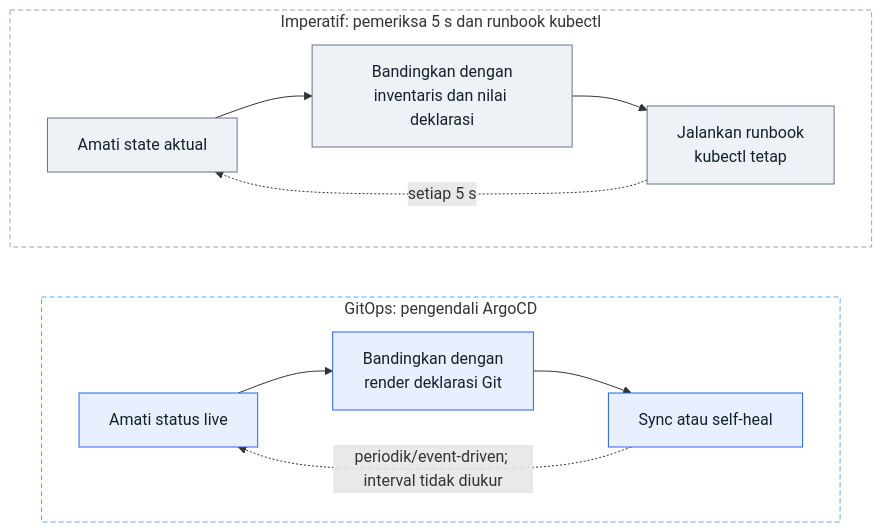
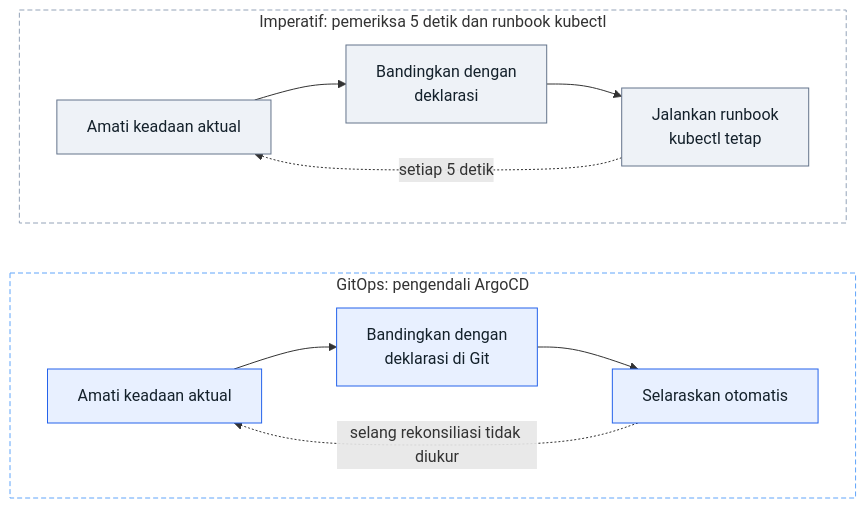
Before and after one commit to vityasyyy/skripsi: the diagram in content/skripsi/diagrams/src/fig-control-loop.mmd, drawn with Mermaid. The commit also changed 33 other files, not shown here.

```diff
--- a/content/skripsi/diagrams/src/fig-control-loop.mmd
+++ b/content/skripsi/diagrams/src/fig-control-loop.mmd
@@ -1,18 +1,18 @@
 flowchart TB
-  subgraph IMP["Imperatif: pemeriksa 5 s dan runbook kubectl"]
+  subgraph IMP["Imperatif: pemeriksa 5 detik dan runbook kubectl"]
     direction LR
-    I1["Amati state aktual"] --> I2["Bandingkan dengan<br/>inventaris dan nilai deklarasi"] --> I3["Jalankan runbook<br/>kubectl tetap"]
-    I3 -. "setiap 5 s" .-> I1
+    I1["Amati keadaan aktual"] --> I2["Bandingkan dengan<br/>deklarasi"] --> I3["Jalankan runbook<br/>kubectl tetap"]
+    I3 -. "setiap 5 detik" .-> I1
   end
   subgraph GIT["GitOps: pengendali ArgoCD"]
     direction LR
-    G1["Amati status live"] --> G2["Bandingkan dengan<br/>render deklarasi Git"] --> G3["Sync atau self-heal"]
-    G3 -. "periodik/event-driven; interval tidak diukur" .-> G1
+    G1["Amati keadaan aktual"] --> G2["Bandingkan dengan<br/>deklarasi di Git"] --> G3["Selaraskan otomatis"]
+    G3 -. "selang rekonsiliasi tidak diukur" .-> G1
   end
   IMP ~~~ GIT
   classDef imp fill:#eef2f7,stroke:#64748b,color:#14212b;
   classDef git fill:#e8f0ff,stroke:#2563eb,color:#14212b;
   class I1,I2,I3 imp;
   class G1,G2,G3 git;
   style IMP fill:#ffffff,stroke:#94a3b8,stroke-dasharray:5 3
   style GIT fill:#ffffff,stroke:#60a5fa,stroke-dasharray:5 3
```
